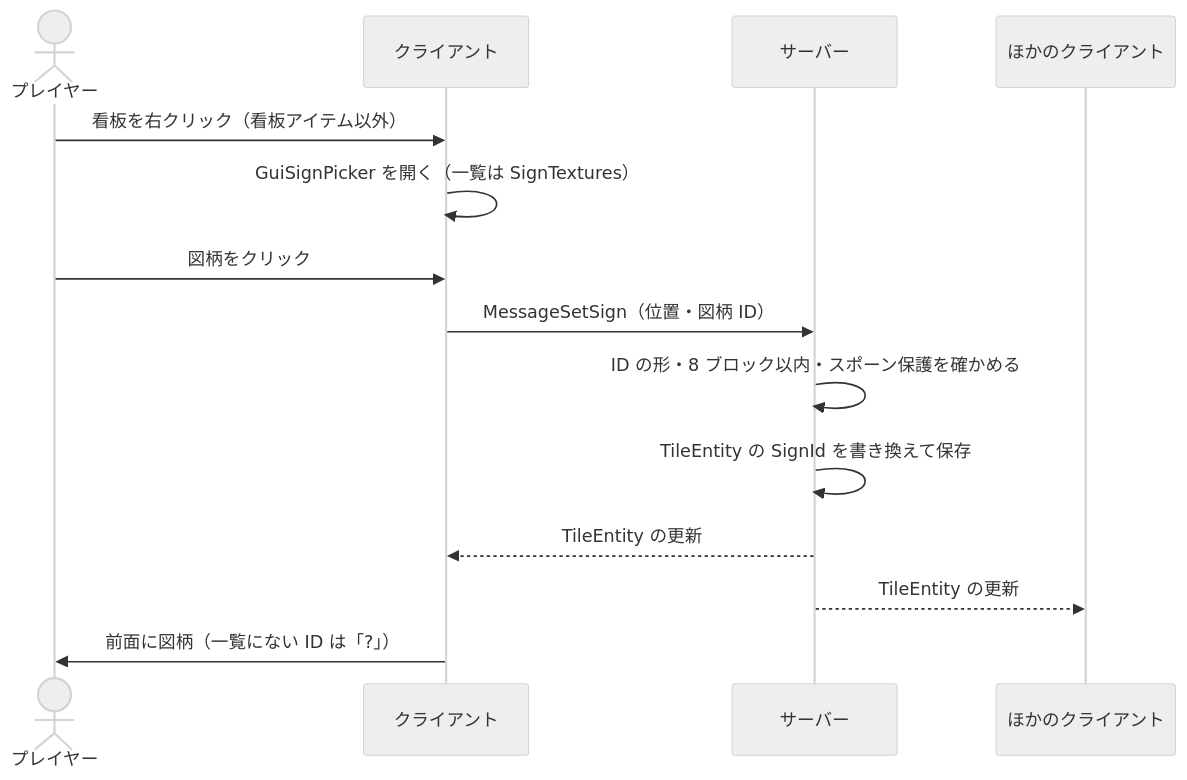
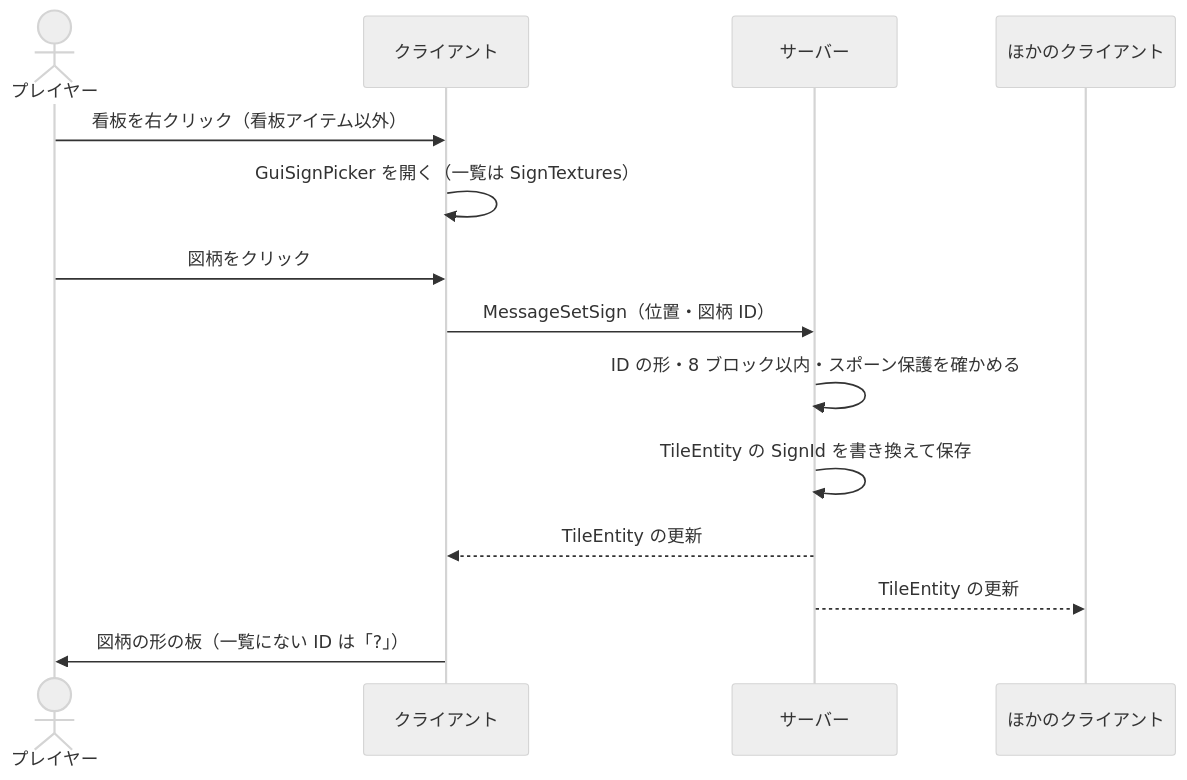
The second of 2 diagrams in doc/architecture.md (zeusisgood/safetysigns), drawn with Mermaid (neutral theme) before and after one commit. The commit also changed other lines of this file and 38 other files, not shown here.

````diff
--- a/doc/architecture.md
+++ b/doc/architecture.md
@@ -79,16 +79,16 @@
 ```mermaid
 sequenceDiagram
     actor P as プレイヤー
     participant C as クライアント
     participant S as サーバー
     participant O as ほかのクライアント
     P->>C: 看板を右クリック（看板アイテム以外）
     C->>C: GuiSignPicker を開く（一覧は SignTextures）
     P->>C: 図柄をクリック
     C->>S: MessageSetSign（位置・図柄 ID）
     S->>S: ID の形・8 ブロック以内・スポーン保護を確かめる
     S->>S: TileEntity の SignId を書き換えて保存
     S-->>C: TileEntity の更新
     S-->>O: TileEntity の更新
-    C->>P: 前面に図柄（一覧にない ID は「?」）
+    C->>P: 図柄の形の板（一覧にない ID は「?」）
 ```
````
